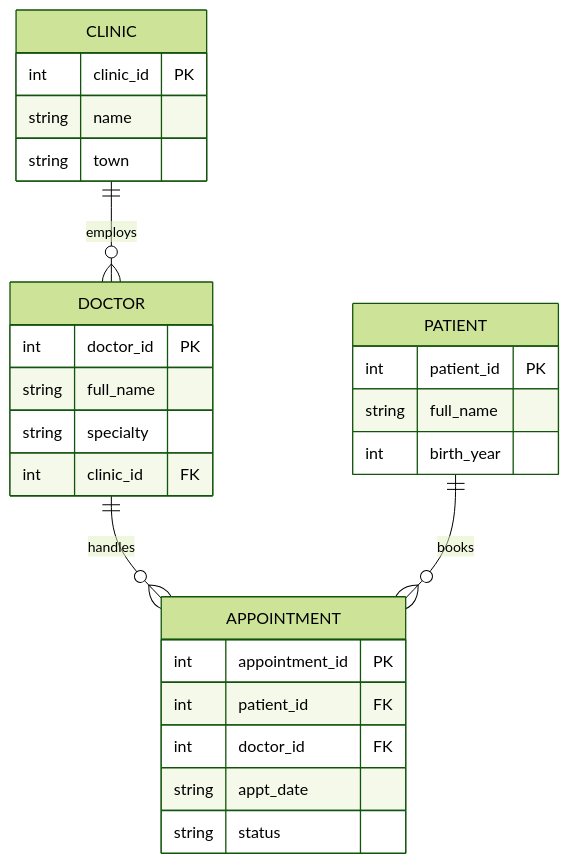
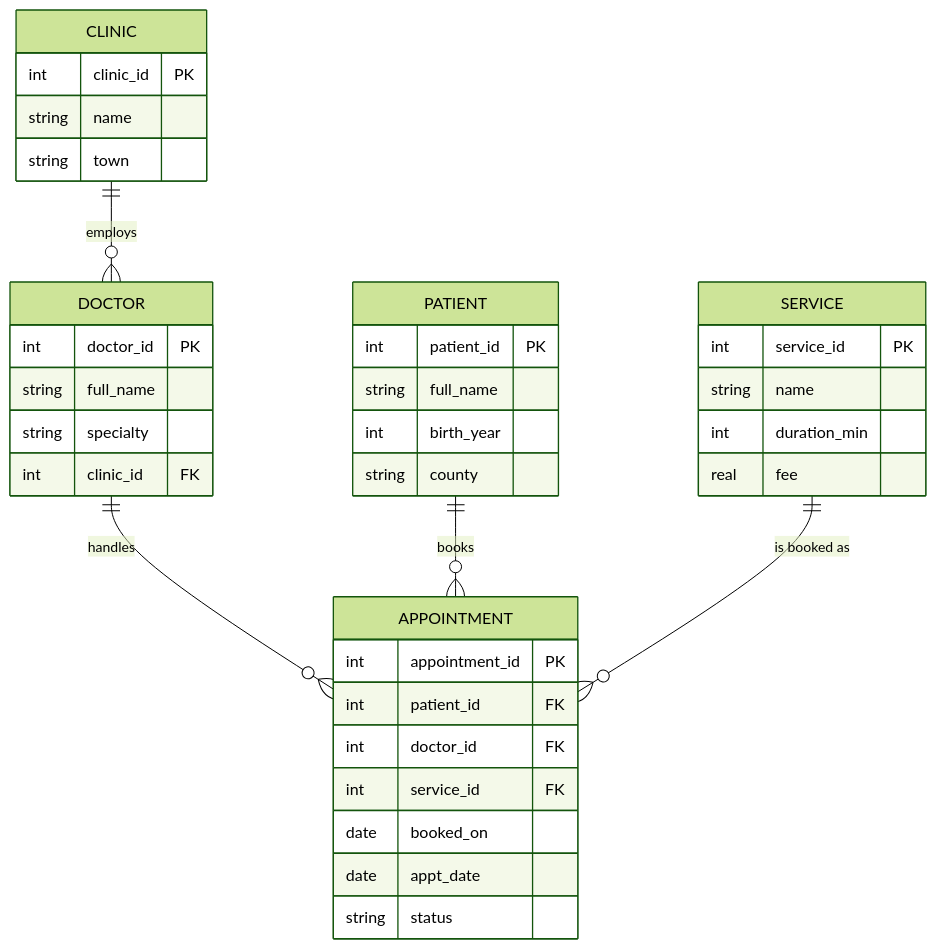
Before and after one commit to CillianWoods06/clinic-database: the diagram in README.md, drawn with Mermaid (forest theme). The commit also changed other lines of this file and 15 other files, not shown here.

````diff
--- a/README.md
+++ b/README.md
@@ -6,22 +6,40 @@
 ```mermaid
 erDiagram
-    CLINIC ||--o{ DOCTOR : employs
-    DOCTOR ||--o{ APPOINTMENT : handles
+    CLINIC  ||--o{ DOCTOR      : employs
+    DOCTOR  ||--o{ APPOINTMENT : handles
     PATIENT ||--o{ APPOINTMENT : books
+    SERVICE ||--o{ APPOINTMENT : "is booked as"
 
-    CLINIC { int clinic_id PK
-             string name
-             string town }
-    DOCTOR { int doctor_id PK
-             string full_name
-             string specialty
-             int clinic_id FK }
-    PATIENT { int patient_id PK
-              string full_name
-              int birth_year }
-    APPOINTMENT { int appointment_id PK
-                  int patient_id FK
-                  int doctor_id FK
-                  string appt_date
-                  string status }
+    CLINIC {
+        int clinic_id PK
+        string name
+        string town
+    }
+    DOCTOR {
+        int doctor_id PK
+        string full_name
+        string specialty
+        int clinic_id FK
+    }
+    PATIENT {
+        int patient_id PK
+        string full_name
+        int birth_year
+        string county
+    }
+    SERVICE {
+        int service_id PK
+        string name
+        int duration_min
+        real fee
+    }
+    APPOINTMENT {
+        int appointment_id PK
+        int patient_id FK
+        int doctor_id FK
+        int service_id FK
+        date booked_on
+        date appt_date
+        string status
+    }
 ```
````
